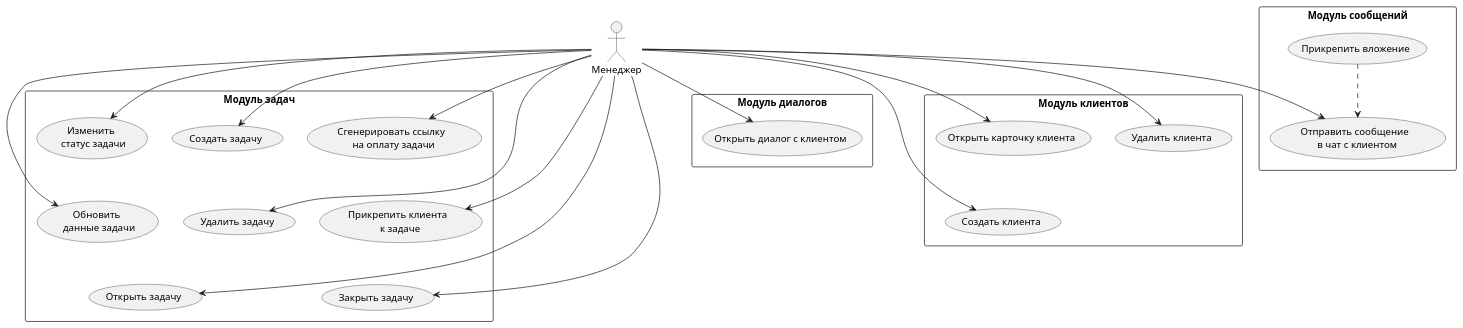
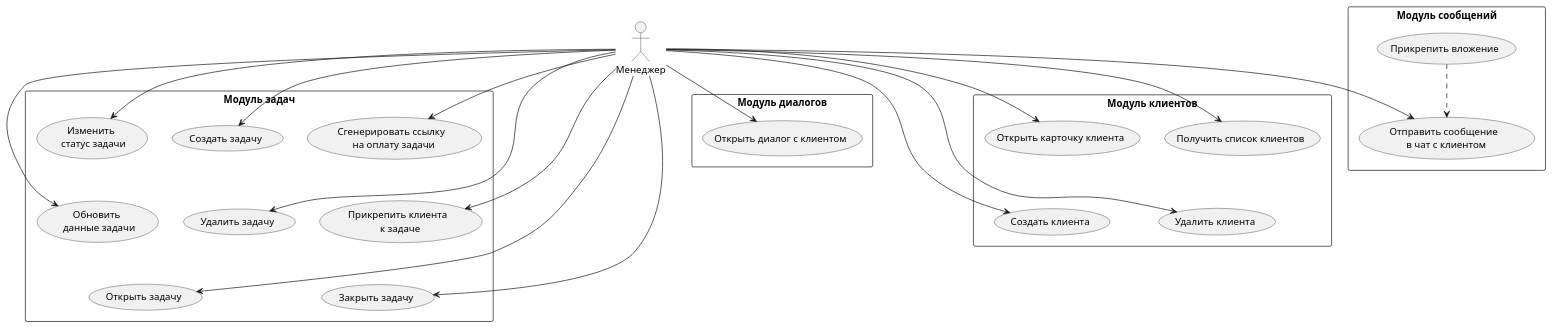
One commit to reightenfels/Java-CRM changed the diagram in UML/use cases/actors/manager.puml. Above: the diagram before and after it, drawn with PlantUML. The commit also changed 31 other files, not shown here.

```diff
--- a/UML/use cases/actors/manager.puml
+++ b/UML/use cases/actors/manager.puml
@@ -1,58 +1,61 @@
 @startuml Менеджер
 
 actor Менеджер
 
 ' Менеджер
 rectangle "Модуль задач" {
     usecase "Создать задачу" as CreateTask
     usecase "Обновить \n данные задачи" as UpdateTask
     usecase "Удалить задачу" as DeleteTask
     usecase "Изменить \n статус задачи" as ChangeTaskStatus
     usecase "Сгенерировать ссылку \n на оплату задачи" as CreatePaymentLink
     usecase "Прикрепить клиента \n к задаче" as AddClientToTask
     usecase "Открыть задачу" as OpenTask
     usecase "Закрыть задачу" as CloseTask
 
     DeleteTask -up[hidden]- CreateTask
     UpdateTask -up[hidden]- ChangeTaskStatus
     AddClientToTask -up[hidden]- CreatePaymentLink
     OpenTask -up[hidden]- UpdateTask
     CloseTask -up[hidden]- UpdateTask
 }
 
 Менеджер --> CreateTask
 Менеджер --> UpdateTask
 Менеджер --> DeleteTask
 Менеджер --> ChangeTaskStatus
 Менеджер --> CreatePaymentLink
 Менеджер --> AddClientToTask
 Менеджер --> OpenTask
 Менеджер --> CloseTask
 
 rectangle "Модуль сообщений" {
     usecase "Отправить сообщение \n в чат с клиентом" as SendMessageToClient
     usecase "Прикрепить вложение" as AddAttachmentToMessage
 }
 
 Менеджер --> SendMessageToClient
 AddAttachmentToMessage ..> SendMessageToClient <<extend>>
 
 rectangle "Модуль диалогов" {
     usecase "Открыть диалог с клиентом" as OpenClientDialog
 }
 
 Менеджер --> OpenClientDialog
 
 rectangle "Модуль клиентов" {
     usecase "Создать клиента" as CreateClient
     usecase "Удалить клиента" as DeleteClient
     usecase "Открыть карточку клиента" as OpenClient
+    usecase "Получить список клиентов" as GetClientsList
 
     OpenClient -[hidden]- CreateClient
+    GetClientsList -[hidden]- DeleteClient
 }
 
 Менеджер --> CreateClient
 Менеджер --> DeleteClient
 Менеджер --> OpenClient
+Менеджер --> GetClientsList
 
 @enduml
```
